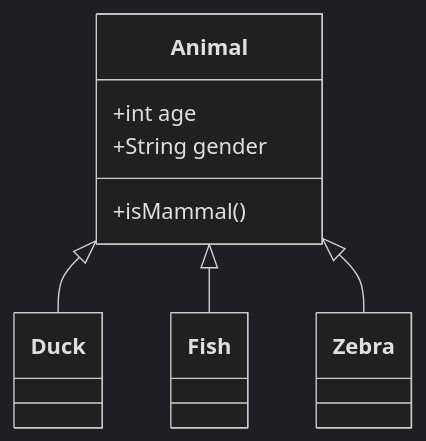
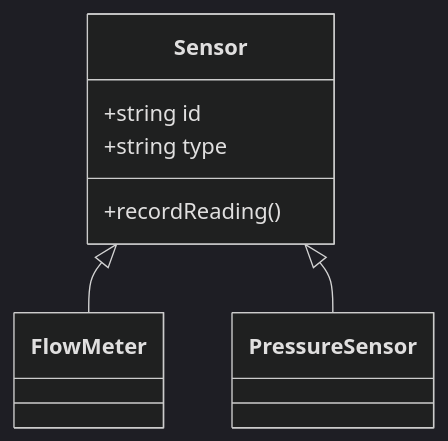
Before and after one commit to BlairLAdams/RPi5: the third of 10 diagrams in mkdocs/docs/MermaidDiagrams.md, drawn with Mermaid (dark theme). The commit also changed other lines of this file and 33 other files, not shown here.

````diff
--- a/mkdocs/docs/MermaidDiagrams.md
+++ b/mkdocs/docs/MermaidDiagrams.md
@@ -89,11 +86,10 @@
 ```mermaid
 classDiagram
-  Animal <|-- Duck
-  Animal <|-- Fish
-  Animal <|-- Zebra
-  class Animal {
-    +int age
-    +String gender
-    +isMammal()
+  Sensor <|-- FlowMeter
+  Sensor <|-- PressureSensor
+  class Sensor {
+    +string id
+    +string type
+    +recordReading()
   }
 ```
````
